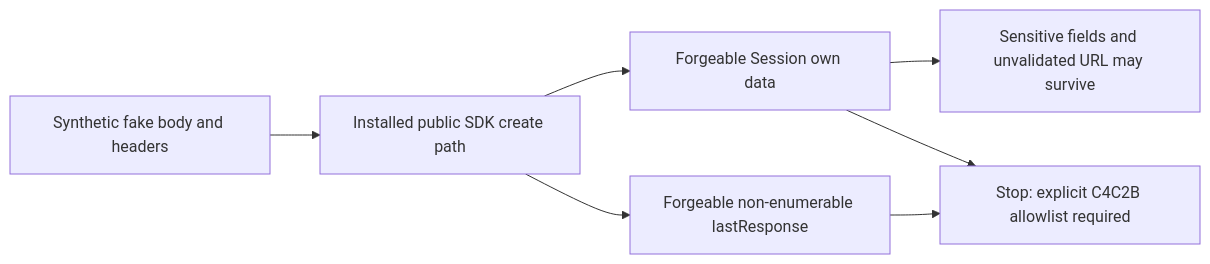
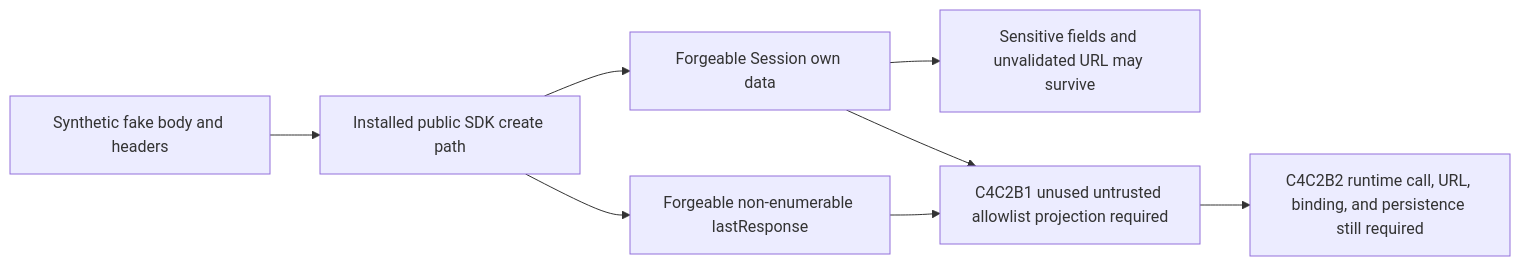
One commit to Run-MPRC/Run-MPRC.github.io changed the seventh of 8 diagrams in OPERATIONS_RUNBOOK.md. Above: the diagram before and after it, drawn with Mermaid. The commit also changed other lines of this file and 8 other files, not shown here.

````diff
--- a/OPERATIONS_RUNBOOK.md
+++ b/OPERATIONS_RUNBOOK.md
@@ -498,9 +498,10 @@
 ```mermaid
 flowchart LR
     F["Synthetic fake body and headers"] --> S["Installed public SDK create path"]
     S --> O["Forgeable Session own data"]
     S --> L["Forgeable non-enumerable lastResponse"]
     O --> X["Sensitive fields and unvalidated URL may survive"]
-    O --> P["Stop: explicit C4C2B allowlist required"]
+    O --> P["C4C2B1 unused untrusted allowlist projection required"]
     L --> P
+    P --> R["C4C2B2 runtime call, URL, binding, and persistence still required"]
 ```
````
